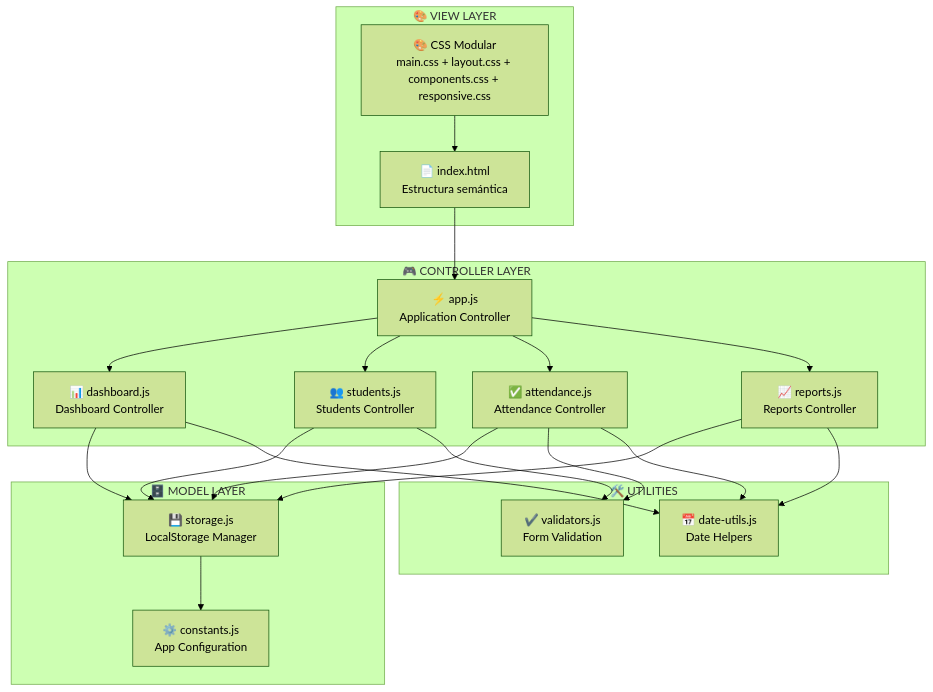
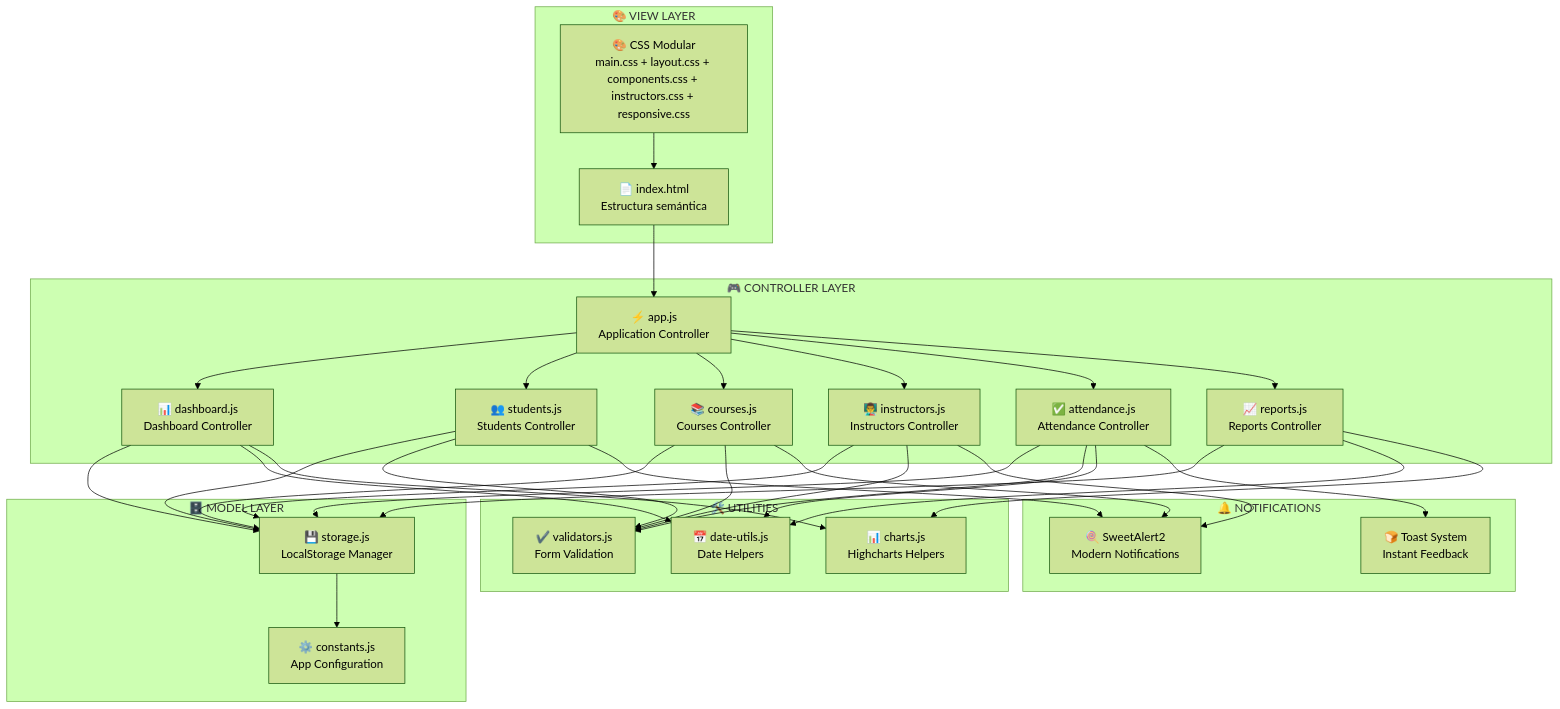
One commit to YamiCueto/academy.ia changed the first of 3 diagrams in README.md. Above: the diagram before and after it, drawn with Mermaid (forest theme). The commit also changed other lines of this file, not shown here.

````diff
--- a/README.md
+++ b/README.md
@@ -81,42 +212,62 @@
 ```mermaid
 graph TB
     subgraph "🎨 VIEW LAYER"
         HTML[📄 index.html<br/>Estructura semántica]
-        CSS[🎨 CSS Modular<br/>main.css + layout.css + components.css + responsive.css]
+        CSS[🎨 CSS Modular<br/>main.css + layout.css + components.css + instructors.css + responsive.css]
     end
     
     subgraph "🎮 CONTROLLER LAYER"
         APP[⚡ app.js<br/>Application Controller]
         DASH[📊 dashboard.js<br/>Dashboard Controller]
         STUD[👥 students.js<br/>Students Controller]
+        COURS[📚 courses.js<br/>Courses Controller]
+        INSTR[👨‍🏫 instructors.js<br/>Instructors Controller]
         ATTEN[✅ attendance.js<br/>Attendance Controller]
         REP[📈 reports.js<br/>Reports Controller]
     end
     
     subgraph "🗄️ MODEL LAYER"
         STORAGE[💾 storage.js<br/>LocalStorage Manager]
         CONST[⚙️ constants.js<br/>App Configuration]
     end
     
     subgraph "🛠️ UTILITIES"
         DATE[📅 date-utils.js<br/>Date Helpers]
         VALID[✔️ validators.js<br/>Form Validation]
+        CHARTS[📊 charts.js<br/>Highcharts Helpers]
+    end
+    
+    subgraph "🔔 NOTIFICATIONS"
+        SWEET[🍭 SweetAlert2<br/>Modern Notifications]
+        TOAST[🍞 Toast System<br/>Instant Feedback]
     end
     
     HTML --> APP
     CSS --> HTML
     APP --> DASH
     APP --> STUD
+    APP --> COURS
+    APP --> INSTR
     APP --> ATTEN
     APP --> REP
     DASH --> STORAGE
     STUD --> STORAGE
+    COURS --> STORAGE
+    INSTR --> STORAGE
     ATTEN --> STORAGE
     REP --> STORAGE
     STUD --> VALID
+    COURS --> VALID
+    INSTR --> VALID
     ATTEN --> VALID
     DASH --> DATE
     ATTEN --> DATE
     REP --> DATE
+    REP --> CHARTS
+    DASH --> CHARTS
+    COURS --> SWEET
+    INSTR --> SWEET
+    STUD --> SWEET
+    ATTEN --> TOAST
     STORAGE --> CONST
 ```
````
